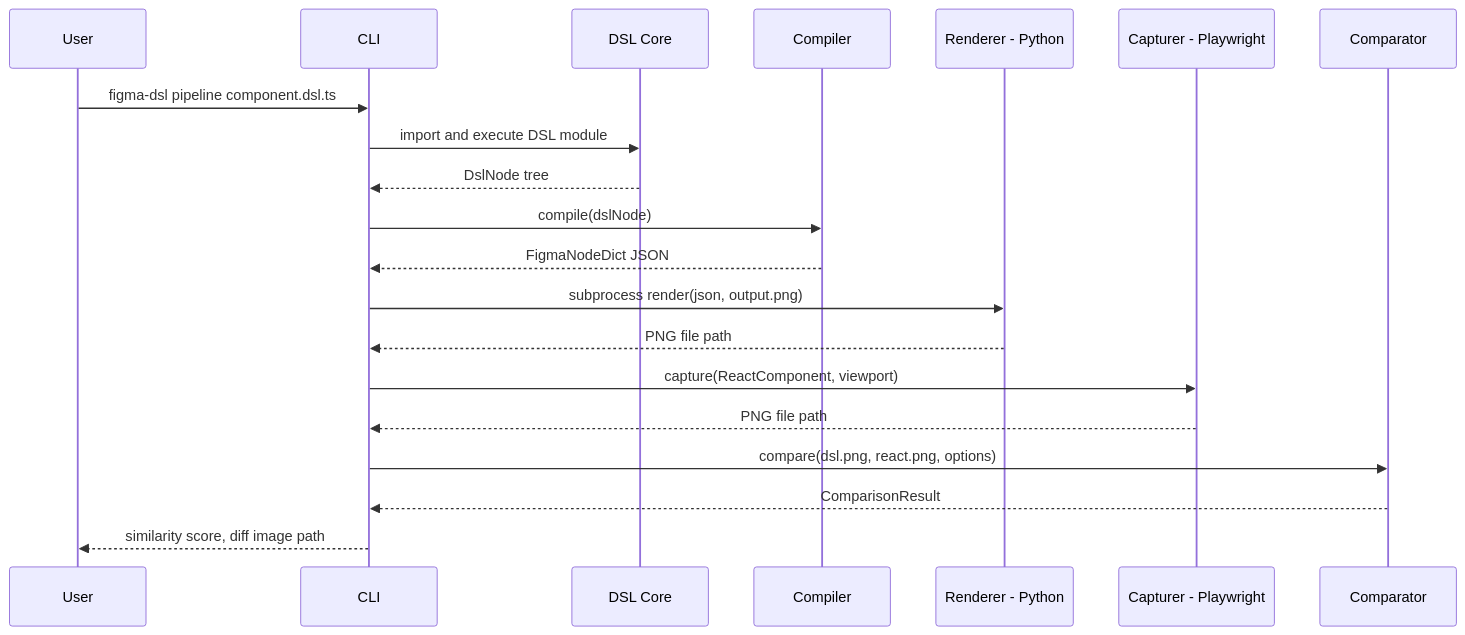
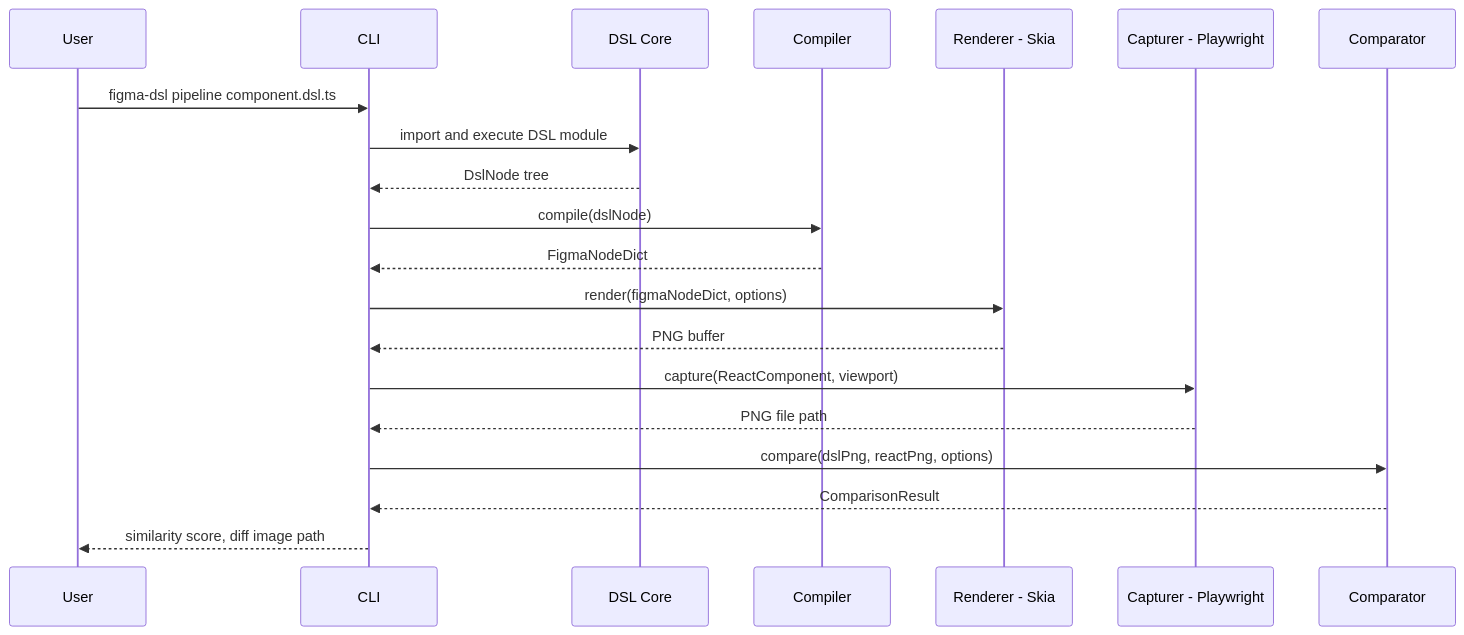
One commit to TETRA2000/figma-component-dsl changed the second of 4 diagrams in .kiro/specs/figma-component-dsl/design.md. Above: the diagram before and after it, drawn with Mermaid. The commit also changed other lines of this file and 2 other files, not shown here.

````diff
--- a/.kiro/specs/figma-component-dsl/design.md
+++ b/.kiro/specs/figma-component-dsl/design.md
@@ -118,23 +105,23 @@
 ```mermaid
 sequenceDiagram
     participant User
     participant CLI
     participant DSL as DSL Core
     participant Compiler
-    participant Renderer as Renderer - Python
+    participant Renderer as Renderer - Skia
     participant Capturer as Capturer - Playwright
     participant Comparator
 
     User->>CLI: figma-dsl pipeline component.dsl.ts
     CLI->>DSL: import and execute DSL module
     DSL-->>CLI: DslNode tree
     CLI->>Compiler: compile(dslNode)
-    Compiler-->>CLI: FigmaNodeDict JSON
-    CLI->>Renderer: subprocess render(json, output.png)
-    Renderer-->>CLI: PNG file path
+    Compiler-->>CLI: FigmaNodeDict
+    CLI->>Renderer: render(figmaNodeDict, options)
+    Renderer-->>CLI: PNG buffer
     CLI->>Capturer: capture(ReactComponent, viewport)
     Capturer-->>CLI: PNG file path
-    CLI->>Comparator: compare(dsl.png, react.png, options)
+    CLI->>Comparator: compare(dslPng, reactPng, options)
     Comparator-->>CLI: ComparisonResult
     CLI-->>User: similarity score, diff image path
 ```
````
